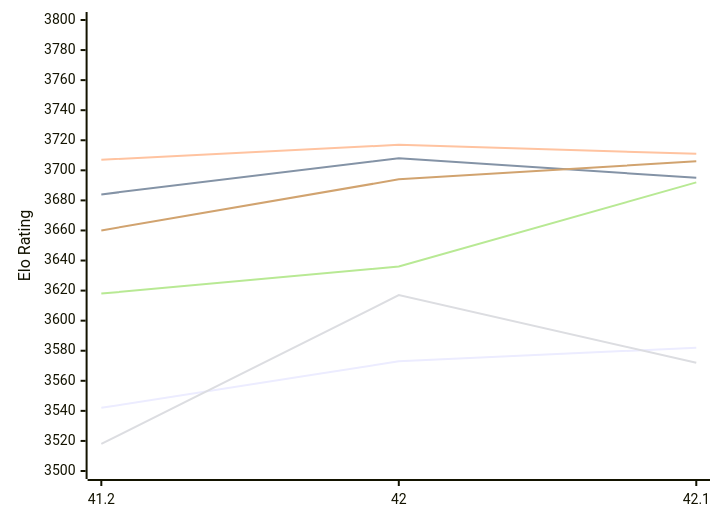
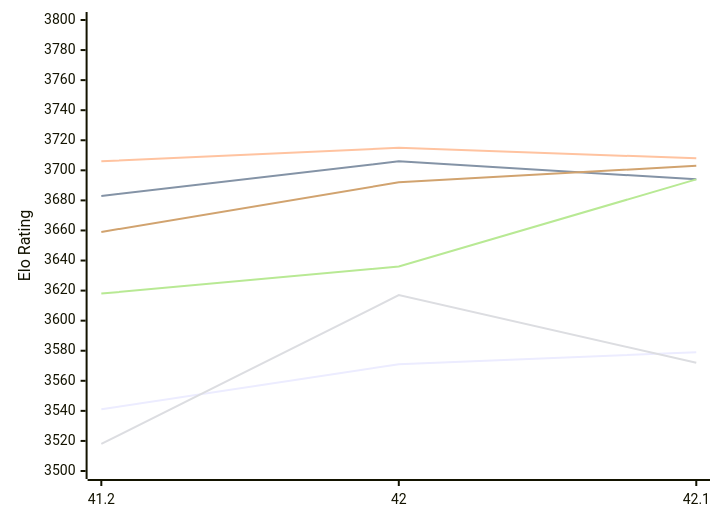
The first of 2 diagrams in engines/Shashchess.md (computer-chess-index/cci), drawn with Mermaid before and after one commit. The commit also changed other lines of this file, not shown here.

Commit message:
Update CCI Ratings (ELO VLTC) - 2026-11-27

````diff
--- a/engines/Shashchess.md
+++ b/engines/Shashchess.md
@@ -52,12 +52,12 @@
 ```mermaid
 %%{init: {"theme":"base","themeVariables":{"seriesColors:['#a3a3a3','#222221','#faa371']}}}%%
 xychart-beta
   x-axis ["41.2", "42", "42.1"]
   y-axis "Elo Rating" 3500 --> 3800
-  line "E1: STC (8.0+0.08s)" [3542, 3573, 3582]
-  line "E1: LTC (60.0+0.60s)" [3684, 3708, 3695]
-  line "E1: VLTC (2m24s+1.12s)" [3707, 3717, 3711]
+  line "E1: STC (8.0+0.08s)" [3541, 3571, 3579]
+  line "E1: LTC (60.0+0.60s)" [3683, 3706, 3694]
+  line "E1: VLTC (2m24s+1.12s)" [3706, 3715, 3708]
   line "P1: STC (8.0+0.08s)" [3518, 3617, 3572]
-  line "P1: LTC (60.0+0.60s)" [3618, 3636, 3692]
-  line "P1: VLTC (2m24s+1.12s)" [3660, 3694, 3706]
+  line "P1: LTC (60.0+0.60s)" [3618, 3636, 3694]
+  line "P1: VLTC (2m24s+1.12s)" [3659, 3692, 3703]
 ```
````
